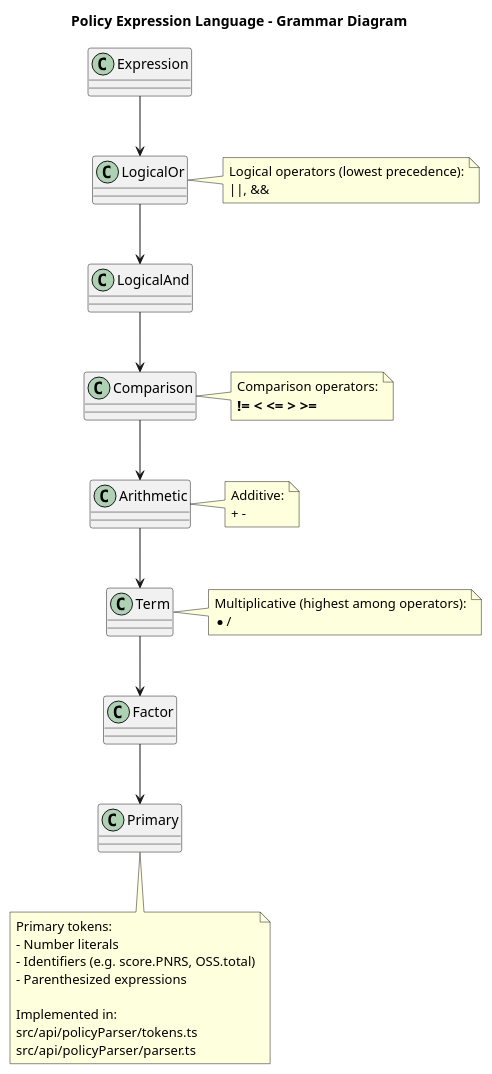
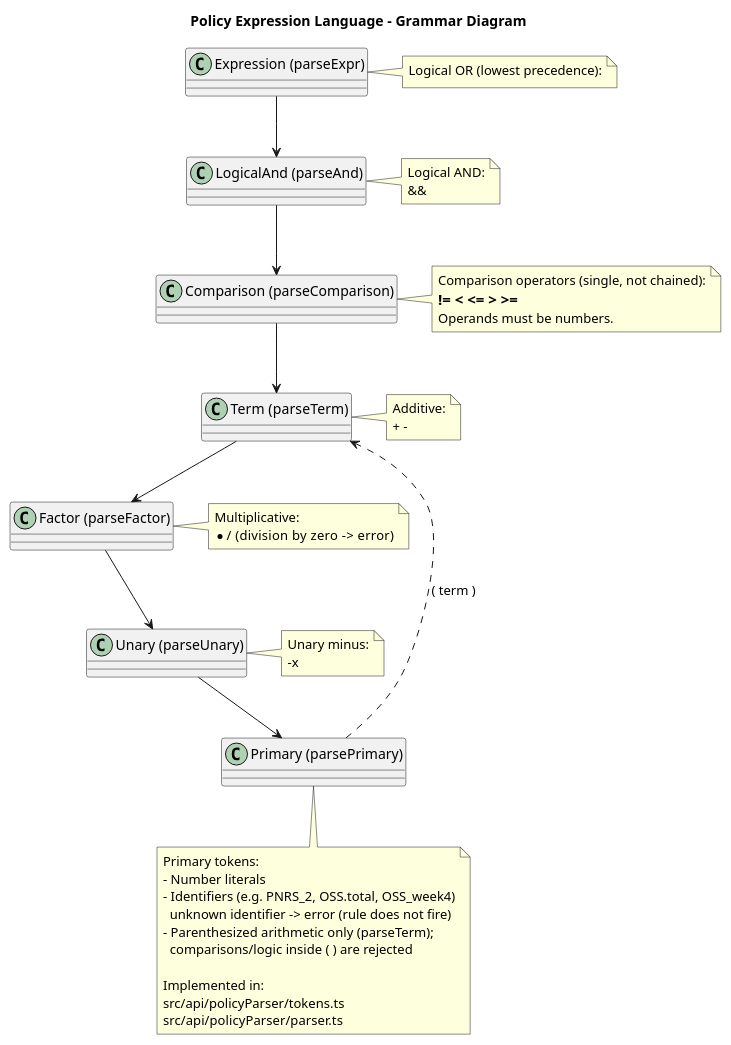
The diagram in docs/diagrams/policy-grammar-model.puml (gforge/DUK), drawn with PlantUML before and after one commit. The commit also changed 49 other files, not shown here.

First line of the commit message:
Update docs and diagrams to match current implementation

```diff
--- a/docs/diagrams/policy-grammar-model.puml
+++ b/docs/diagrams/policy-grammar-model.puml
@@ -1,57 +1,69 @@
 @startuml
 ' Purpose: Policy expression grammar and precedence model
 ' Source of truth:
 '   src/api/policyParser/tokens.ts
 '   src/api/policyParser/parser.ts
 
 title Policy Expression Language - Grammar Diagram
 
-class "Expression" as Expression
-class "LogicalOr" as LogicalOr
-class "LogicalAnd" as LogicalAnd
-class "Comparison" as Comparison
-class "Arithmetic" as Arithmetic
-class "Term" as Term
-class "Factor" as Factor
-class "Primary" as Primary
+class "Expression (parseExpr)" as Expression
+class "LogicalAnd (parseAnd)" as LogicalAnd
+class "Comparison (parseComparison)" as Comparison
+class "Term (parseTerm)" as Term
+class "Factor (parseFactor)" as Factor
+class "Unary (parseUnary)" as Unary
+class "Primary (parsePrimary)" as Primary
 
-Expression --> LogicalOr
-LogicalOr --> LogicalAnd
+Expression --> LogicalAnd
 LogicalAnd --> Comparison
-Comparison --> Arithmetic
-Arithmetic --> Term
+Comparison --> Term
 Term --> Factor
-Factor --> Primary
+Factor --> Unary
+Unary --> Primary
+Primary ..> Term : "( term )"
 
-note right of LogicalOr
-  Logical operators (lowest precedence):
-  ||, &&
+note right of Expression
+  Logical OR (lowest precedence):
+  ||
+end note
+
+note right of LogicalAnd
+  Logical AND:
+  &&
 end note
 
 note right of Comparison
-  Comparison operators:
+  Comparison operators (single, not chained):
   == != < <= > >=
+  Operands must be numbers.
 end note
 
-note right of Arithmetic
+note right of Term
   Additive:
   + -
 end note
 
-note right of Term
-  Multiplicative (highest among operators):
-  * /
+note right of Factor
+  Multiplicative:
+  * /   (division by zero -> error)
+end note
+
+note right of Unary
+  Unary minus:
+  -x
 end note
 
 note bottom of Primary
   Primary tokens:
   - Number literals
-  - Identifiers (e.g. score.PNRS, OSS.total)
-  - Parenthesized expressions
+  - Identifiers (e.g. PNRS_2, OSS.total, OSS_week4)
+    unknown identifier -> error (rule does not fire)
+  - Parenthesized arithmetic only (parseTerm);
+    comparisons/logic inside ( ) are rejected
 
   Implemented in:
   src/api/policyParser/tokens.ts
   src/api/policyParser/parser.ts
 end note
 
 @enduml
```
